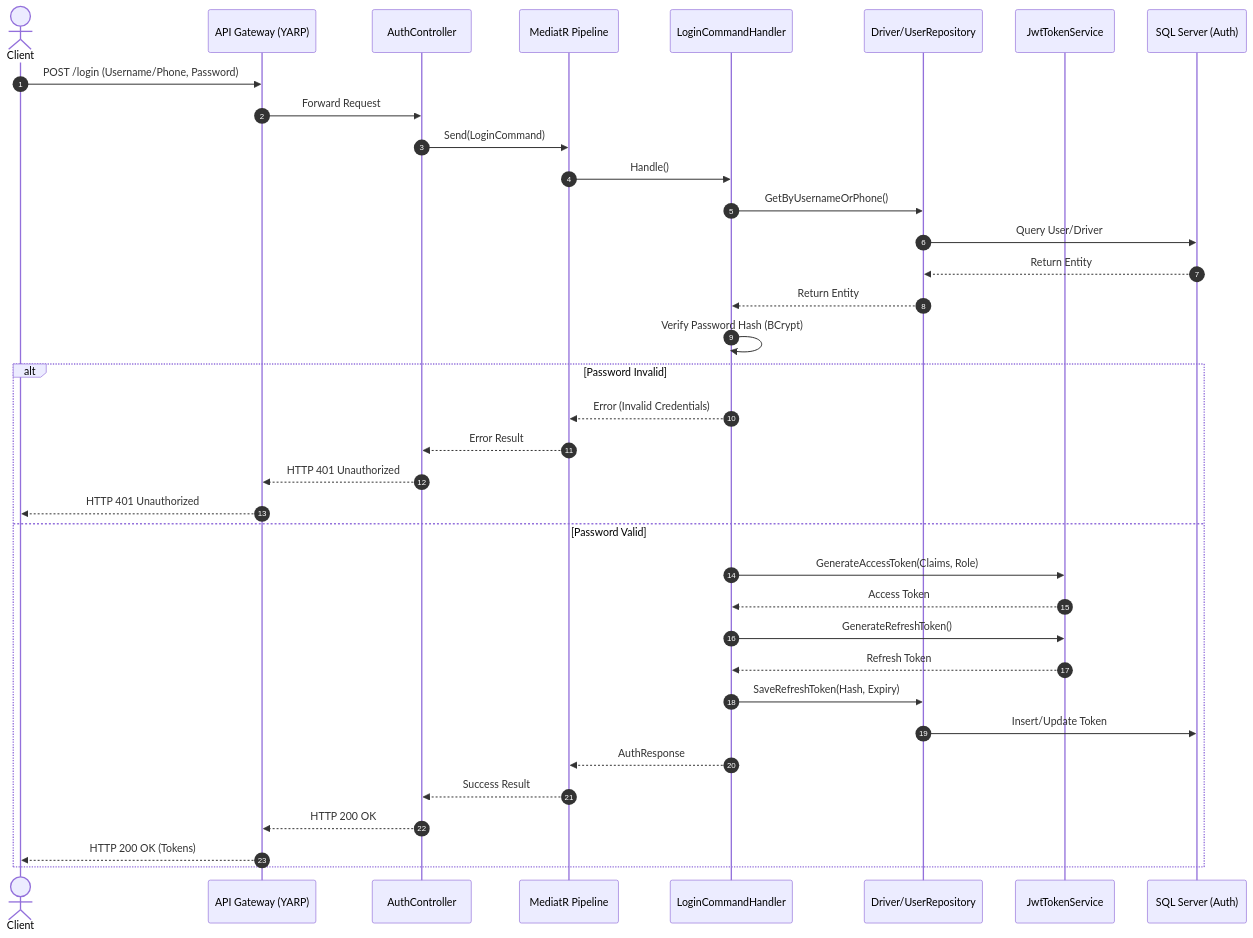
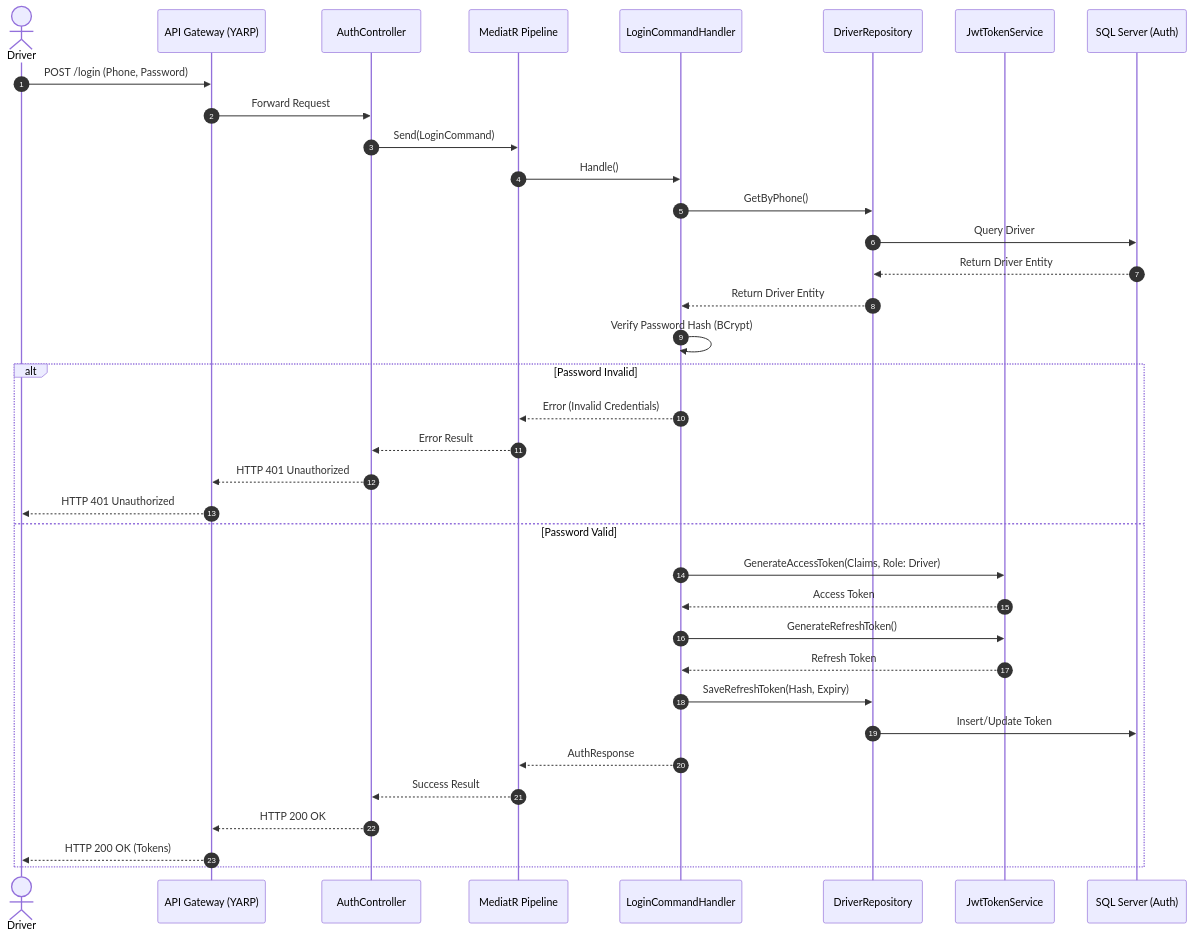
Before and after one commit to odealidj/minione-edcl-net: the first of 9 diagrams in docs/architecture/api-sequence-diagrams.md, drawn with Mermaid. The commit also changed other lines of this file, not shown here.

Commit message:
docs: separate sequence diagrams for Driver and AppUser login

````diff
--- a/docs/architecture/api-sequence-diagrams.md
+++ b/docs/architecture/api-sequence-diagrams.md
@@ -23,40 +23,40 @@
 ```mermaid
 sequenceDiagram
     autonumber
-    actor Client
+    actor Driver
     participant Gateway as API Gateway (YARP)
     participant Ctrl as AuthController
     participant MediatR as MediatR Pipeline
     participant Hndl as LoginCommandHandler
-    participant Repo as Driver/UserRepository
+    participant Repo as DriverRepository
     participant Jwt as JwtTokenService
     participant DB as SQL Server (Auth)
 
-    Client->>Gateway: POST /login (Username/Phone, Password)
+    Driver->>Gateway: POST /login (Phone, Password)
     Gateway->>Ctrl: Forward Request
     Ctrl->>MediatR: Send(LoginCommand)
     MediatR->>Hndl: Handle()
-    Hndl->>Repo: GetByUsernameOrPhone()
-    Repo->>DB: Query User/Driver
-    DB-->>Repo: Return Entity
-    Repo-->>Hndl: Return Entity
+    Hndl->>Repo: GetByPhone()
+    Repo->>DB: Query Driver
+    DB-->>Repo: Return Driver Entity
+    Repo-->>Hndl: Return Driver Entity
     Hndl->>Hndl: Verify Password Hash (BCrypt)
     
     alt Password Invalid
         Hndl-->>MediatR: Error (Invalid Credentials)
         MediatR-->>Ctrl: Error Result
         Ctrl-->>Gateway: HTTP 401 Unauthorized
-        Gateway-->>Client: HTTP 401 Unauthorized
+        Gateway-->>Driver: HTTP 401 Unauthorized
     else Password Valid
-        Hndl->>Jwt: GenerateAccessToken(Claims, Role)
+        Hndl->>Jwt: GenerateAccessToken(Claims, Role: Driver)
         Jwt-->>Hndl: Access Token
         Hndl->>Jwt: GenerateRefreshToken()
         Jwt-->>Hndl: Refresh Token
         Hndl->>Repo: SaveRefreshToken(Hash, Expiry)
         Repo->>DB: Insert/Update Token
         Hndl-->>MediatR: AuthResponse
         MediatR-->>Ctrl: Success Result
         Ctrl-->>Gateway: HTTP 200 OK
-        Gateway-->>Client: HTTP 200 OK (Tokens)
+        Gateway-->>Driver: HTTP 200 OK (Tokens)
     end
 ```
````
